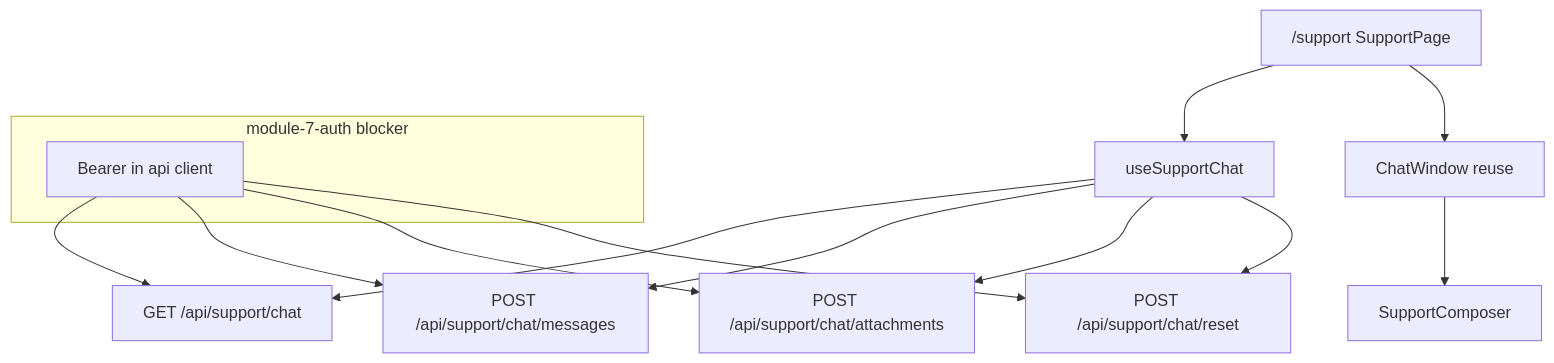
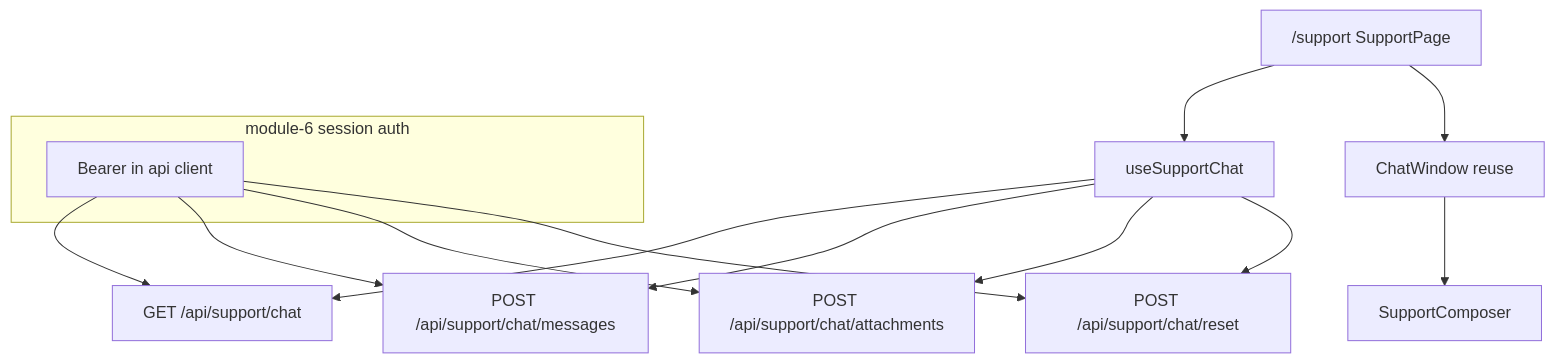
The first of 2 diagrams in .cursor/plans/FE/module-7-support.plan.md (Analytics-bb/monitor_frontend), drawn with Mermaid before and after one commit. The commit also changed other lines of this file and 88 other files, not shown here.

````diff
--- a/.cursor/plans/FE/module-7-support.plan.md
+++ b/.cursor/plans/FE/module-7-support.plan.md
@@ -166,25 +166,25 @@
 ```mermaid
 flowchart TB
-  subgraph authBlocker [module-7-auth blocker]
+  subgraph authLayer [module-6 session auth]
     Token[Bearer in api client]
   end
 
   SupportPage["/support SupportPage"]
   Hook[useSupportChat]
   CW[ChatWindow reuse]
   Comp[SupportComposer]
 
   SupportPage --> Hook
   SupportPage --> CW
   CW --> Comp
 
   Hook --> GET["GET /api/support/chat"]
   Hook --> POSTmsg["POST /api/support/chat/messages"]
   Hook --> POSTatt["POST /api/support/chat/attachments"]
   Hook --> POSTreset["POST /api/support/chat/reset"]
 
   Token --> GET
   Token --> POSTmsg
   Token --> POSTatt
   Token --> POSTreset
 ```
````
